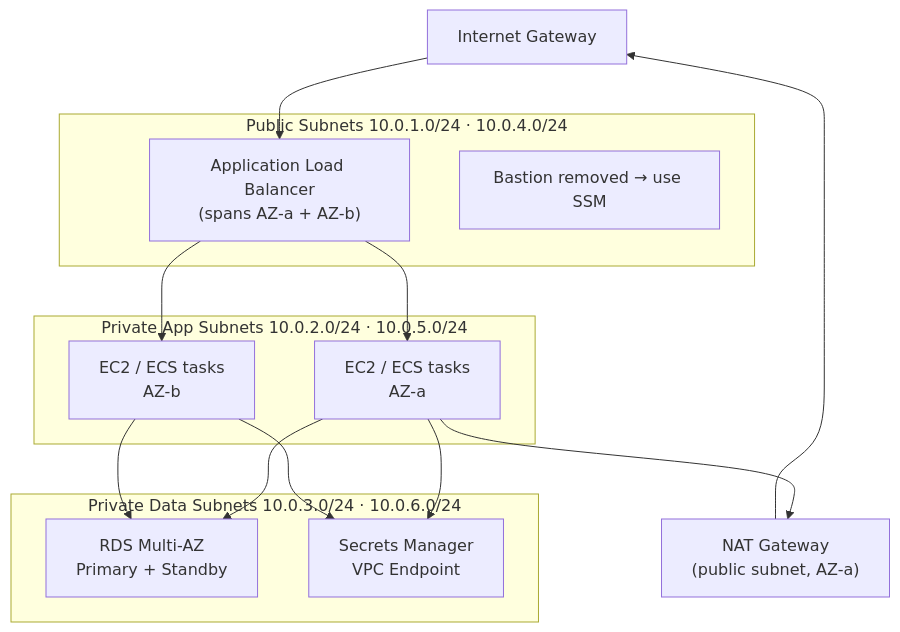
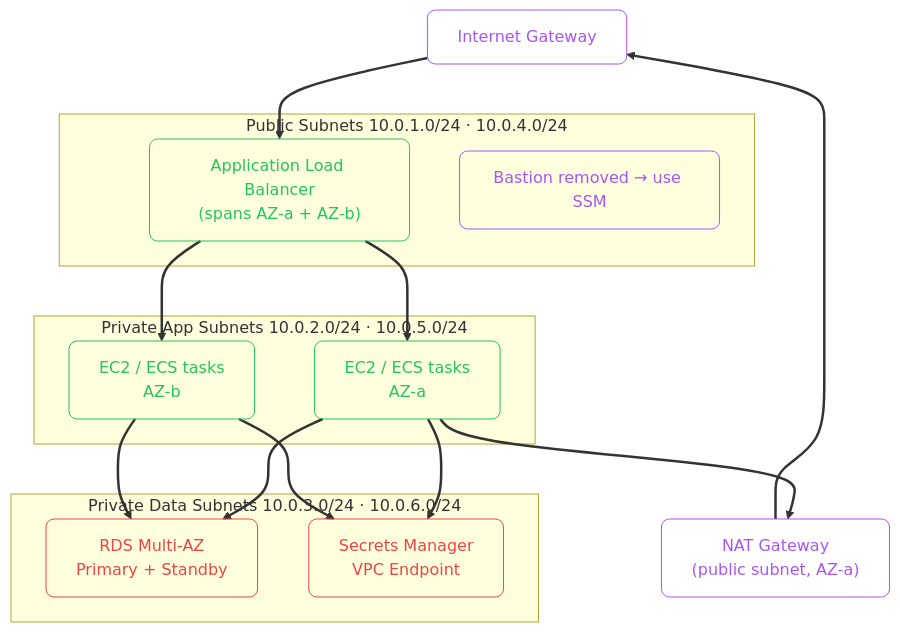
One commit to zafarale/cloudification changed the fifth of 8 diagrams in src/content/cloud/aws/03-securing-your-system.mdx. Above: the diagram before and after it, drawn with Mermaid. The commit also changed other lines of this file and 84 other files, not shown here.

````diff
--- a/src/content/cloud/aws/03-securing-your-system.mdx
+++ b/src/content/cloud/aws/03-securing-your-system.mdx
@@ -168,25 +195,32 @@
 ```mermaid
 flowchart TD
-    IGW["Internet Gateway"]
-    NAT["NAT Gateway\n(public subnet, AZ-a)"]
+    accTitle: VPC Design: Mapping Principles to Subnets
+    accDescr: Flowchart (td) showing Internet Gateway, public subnet, AZ-a, Public Subnets 10.0.1.0/24 10.0.4.0/24
+    classDef step fill:none,stroke:#a855f7,color:#a855f7,rx:8,ry:8
+    classDef ok   fill:none,stroke:#22c55e,color:#22c55e,rx:8,ry:8
+    classDef fail fill:none,stroke:#ef4444,color:#ef4444,rx:8,ry:8
+    linkStyle default stroke-width:2.5px
+
+    IGW["Internet Gateway"]:::step
+    NAT["NAT Gateway<br/>(public subnet, AZ-a)"]:::step
 
     subgraph PUBLIC["Public Subnets 10.0.1.0/24 · 10.0.4.0/24"]
-        ALB["Application Load Balancer\n(spans AZ-a + AZ-b)"]
-        BASTION["Bastion removed → use SSM"]
+        ALB["Application Load Balancer<br/>(spans AZ-a + AZ-b)"]:::ok
+        BASTION["Bastion removed → use SSM"]:::step
     end
 
     subgraph PRIVATE_APP["Private App Subnets 10.0.2.0/24 · 10.0.5.0/24"]
-        EC2A["EC2 / ECS tasks\nAZ-a"]
-        EC2B["EC2 / ECS tasks\nAZ-b"]
+        EC2A["EC2 / ECS tasks<br/>AZ-a"]:::ok
+        EC2B["EC2 / ECS tasks<br/>AZ-b"]:::ok
     end
 
     subgraph PRIVATE_DATA["Private Data Subnets 10.0.3.0/24 · 10.0.6.0/24"]
-        RDS["RDS Multi-AZ\nPrimary + Standby"]
-        SECRETS["Secrets Manager\nVPC Endpoint"]
+        RDS["RDS Multi-AZ<br/>Primary + Standby"]:::fail
+        SECRETS["Secrets Manager<br/>VPC Endpoint"]:::fail
     end
 
     IGW --> ALB
     ALB --> EC2A & EC2B
     EC2A & EC2B --> RDS & SECRETS
     EC2A --> NAT --> IGW
 ```
````
